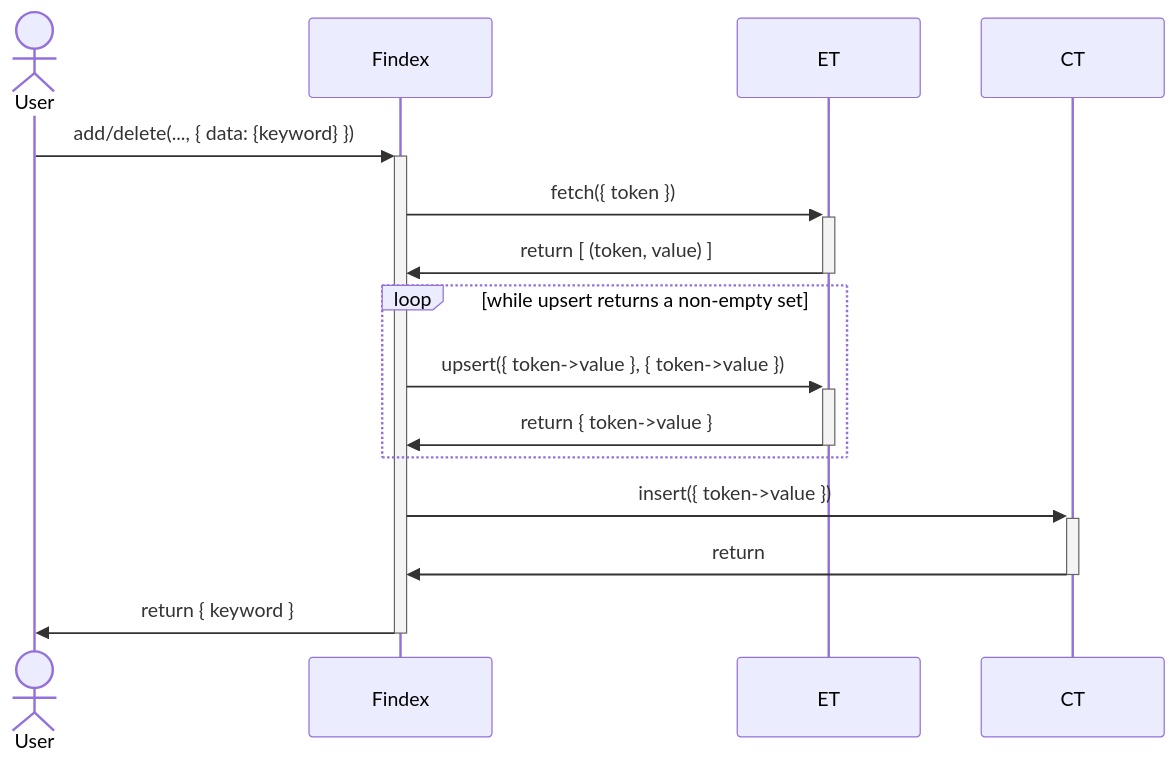
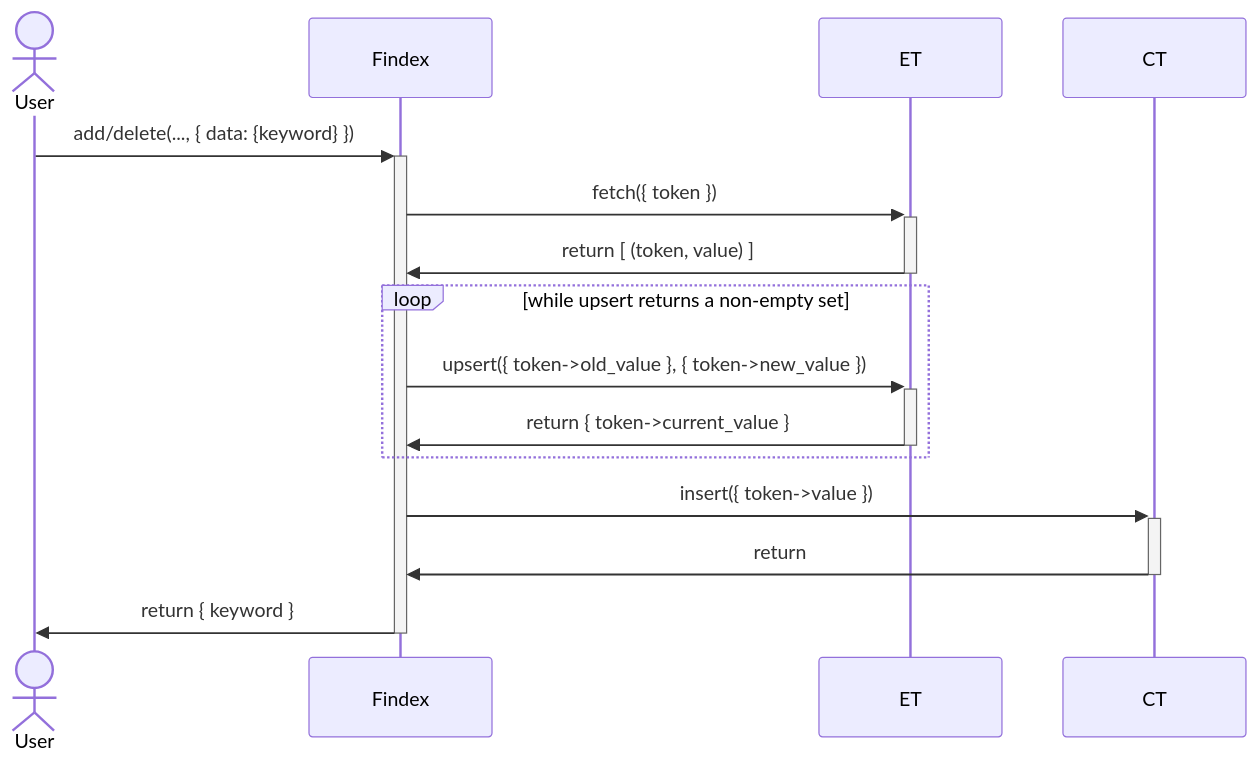
One commit to Cosmian/findex changed the second of 3 diagrams in documentation/sequence-diagrams.md. Above: the diagram before and after it, drawn with Mermaid. The commit also changed other lines of this file and 3 other files, not shown here.

````diff
--- a/documentation/sequence-diagrams.md
+++ b/documentation/sequence-diagrams.md
@@ -27,19 +27,19 @@
 ```mermaid
 sequenceDiagram
     actor User
 
     User->>+Findex: add/delete(..., { data: {keyword} })
 
     Findex->>+ET: fetch({ token })
     ET->>-Findex: return [ (token, value) ]
 
     loop while upsert returns a non-empty set
-        Findex->>+ET: upsert({ token->value }, { token->value })
-        ET->>-Findex: return { token->value }
+        Findex->>+ET: upsert({ token->old_value }, { token->new_value })
+        ET->>-Findex: return { token->current_value }
     end
 
     Findex->>+CT: insert({ token->value })
     CT->>-Findex: return
 
     Findex->>-User: return { keyword }
 ```
````
